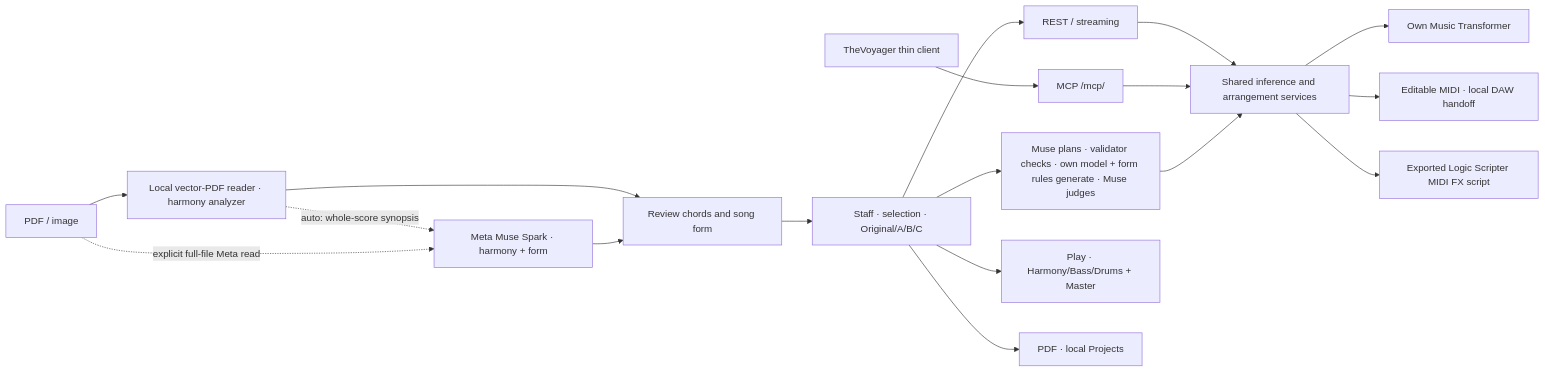
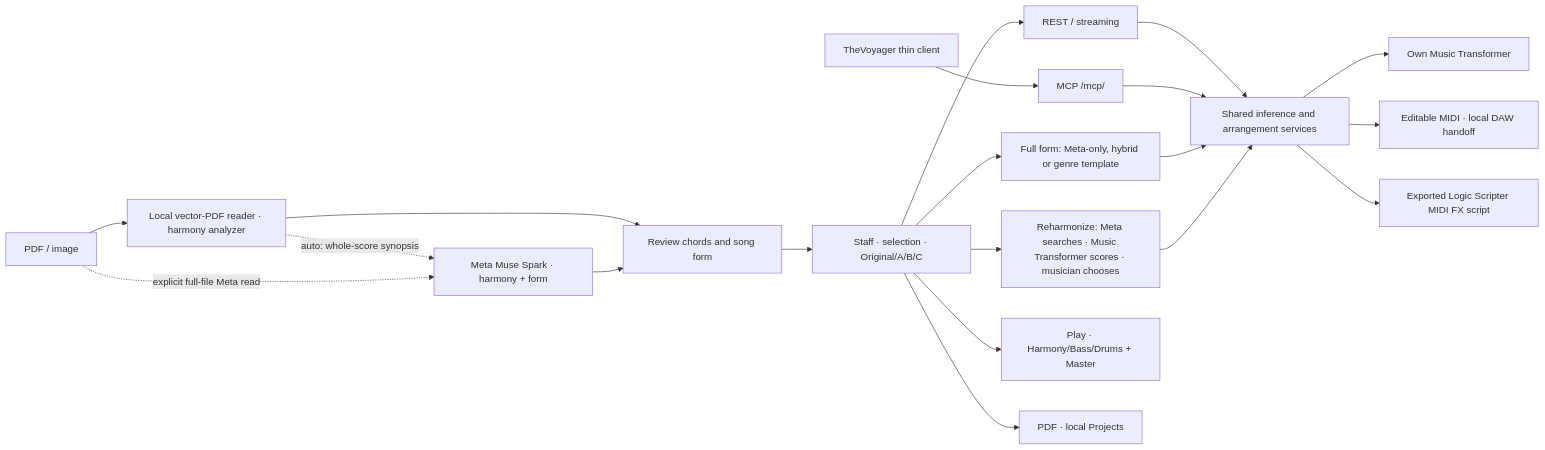
The first of 4 diagrams in README.md (PearlLeeStudio/TheArtist-DAW), drawn with Mermaid before and after one commit. The commit also changed other lines of this file and 18 other files, not shown here.

````diff
--- a/README.md
+++ b/README.md
@@ -370,20 +416,22 @@
 ```mermaid
 flowchart LR
   Score["PDF / image"] --> Local["Local vector-PDF reader · harmony analyzer"]
   Local -. "auto: whole-score synopsis" .-> Meta["Meta Muse Spark · harmony + form"]
   Score -. "explicit full-file Meta read" .-> Meta
   Local --> Review["Review chords and song form"]
   Meta --> Review
   Review --> Editor["Staff · selection · Original/A/B/C"]
-  Editor --> Planner["Muse plans · validator checks · own model + form rules generate · Muse judges"]
+  Editor --> Planner["Full form: Meta-only, hybrid or genre template"]
+  Editor --> Reharm["Reharmonize: Meta searches · Music Transformer scores · musician chooses"]
   Editor --> Rest["REST / streaming"]
   Voyager["TheVoyager thin client"] --> MCP["MCP /mcp/"]
   Rest --> Music["Shared inference and arrangement services"]
   MCP --> Music
   Planner --> Music
+  Reharm --> Music
   Music --> MT["Own Music Transformer"]
   Music --> MIDI["Editable MIDI · local DAW handoff"]
   Music --> Scripter["Exported Logic Scripter MIDI FX script"]
   Editor --> Play["Play · Harmony/Bass/Drums + Master"]
   Editor --> Files["PDF · local Projects"]
 ```
````
